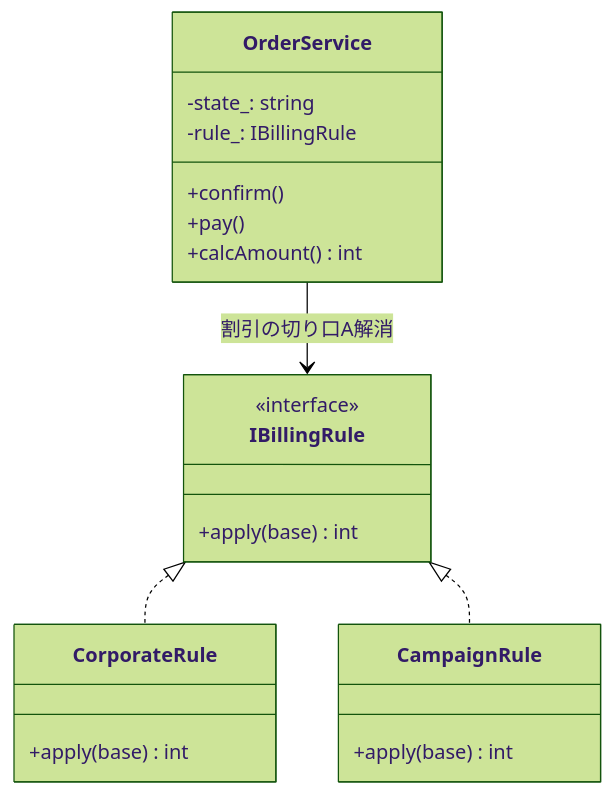
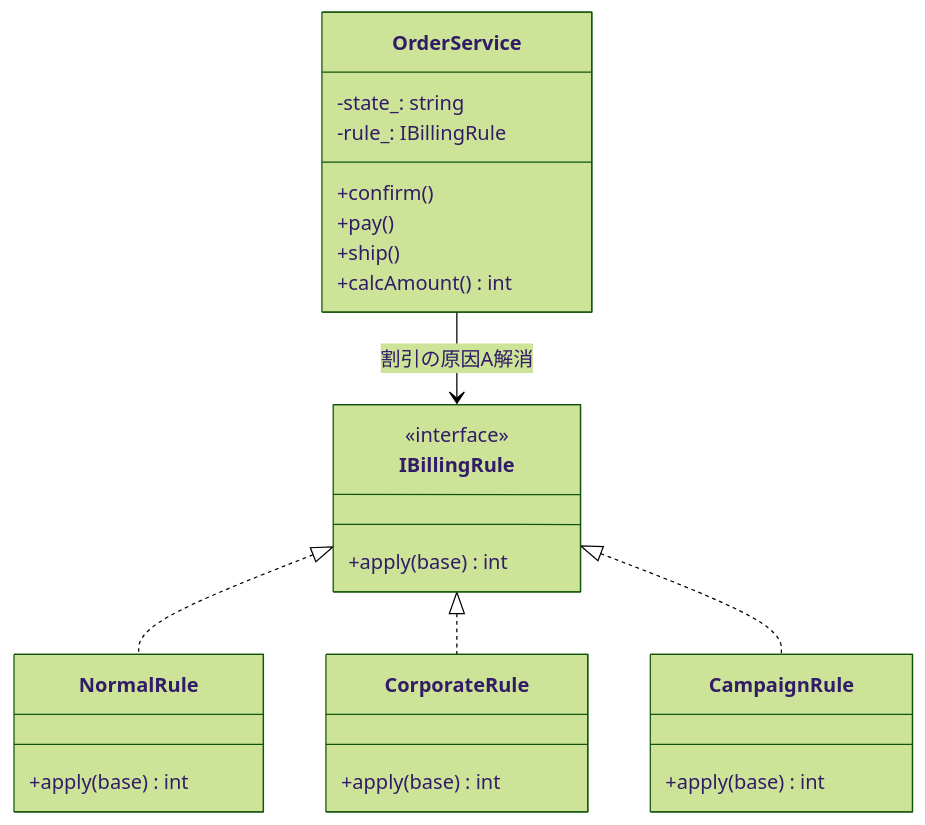
The fourth of 6 diagrams in kindle/design-patterns/output/chapter09.md (kumachan1101-pixel/DesignPattern), drawn with Mermaid (forest theme) before and after one commit. The commit also changed other lines of this file and 1 other file, not shown here.

````diff
--- a/kindle/design-patterns/output/chapter09.md
+++ b/kindle/design-patterns/output/chapter09.md
@@ -191,24 +472,29 @@
 ```mermaid
 classDiagram
     class OrderService {
         -state_: string
         -rule_: IBillingRule
         +confirm()
         +pay()
+        +ship()
         +calcAmount() int
     }
     class IBillingRule {
         <<interface>>
+        +apply(base) int
+    }
+    class NormalRule {
         +apply(base) int
     }
     class CorporateRule {
         +apply(base) int
     }
     class CampaignRule {
         +apply(base) int
     }
 
-    OrderService --> IBillingRule : 割引の切り口A解消
+    OrderService --> IBillingRule : 割引の原因A解消
+    IBillingRule <|.. NormalRule
     IBillingRule <|.. CorporateRule
     IBillingRule <|.. CampaignRule
 ```
````
